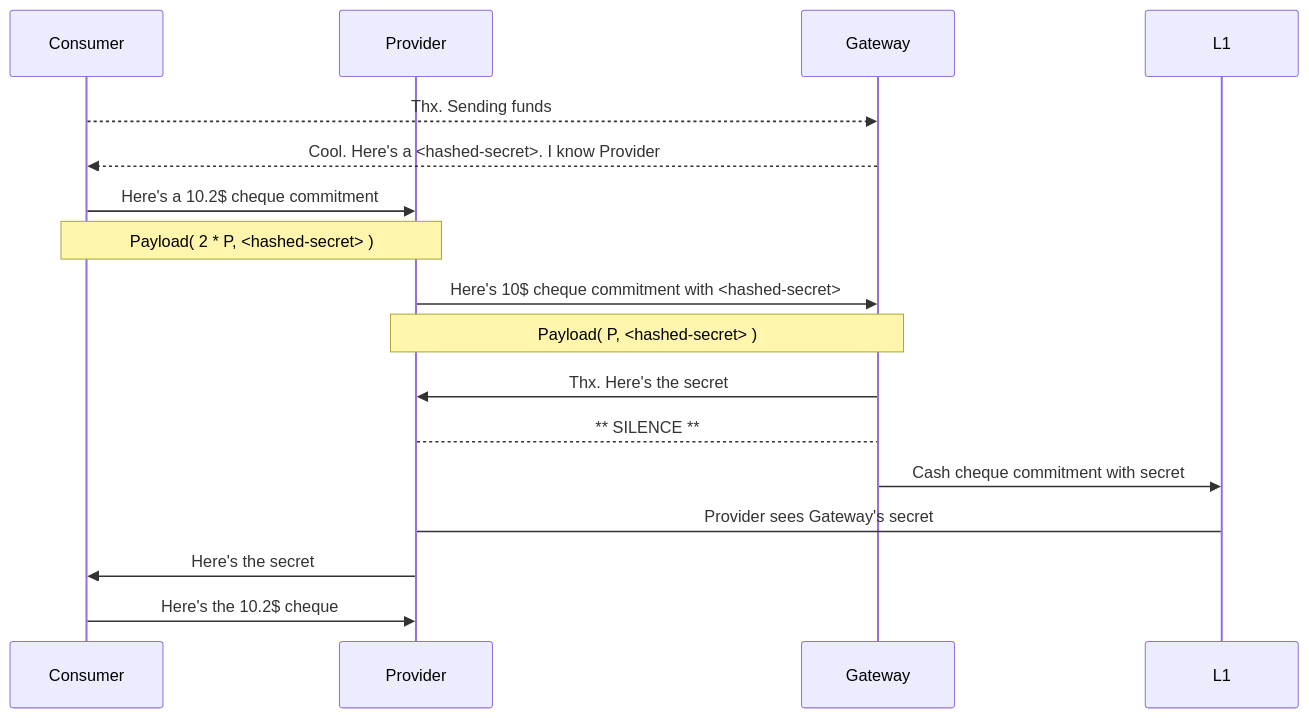
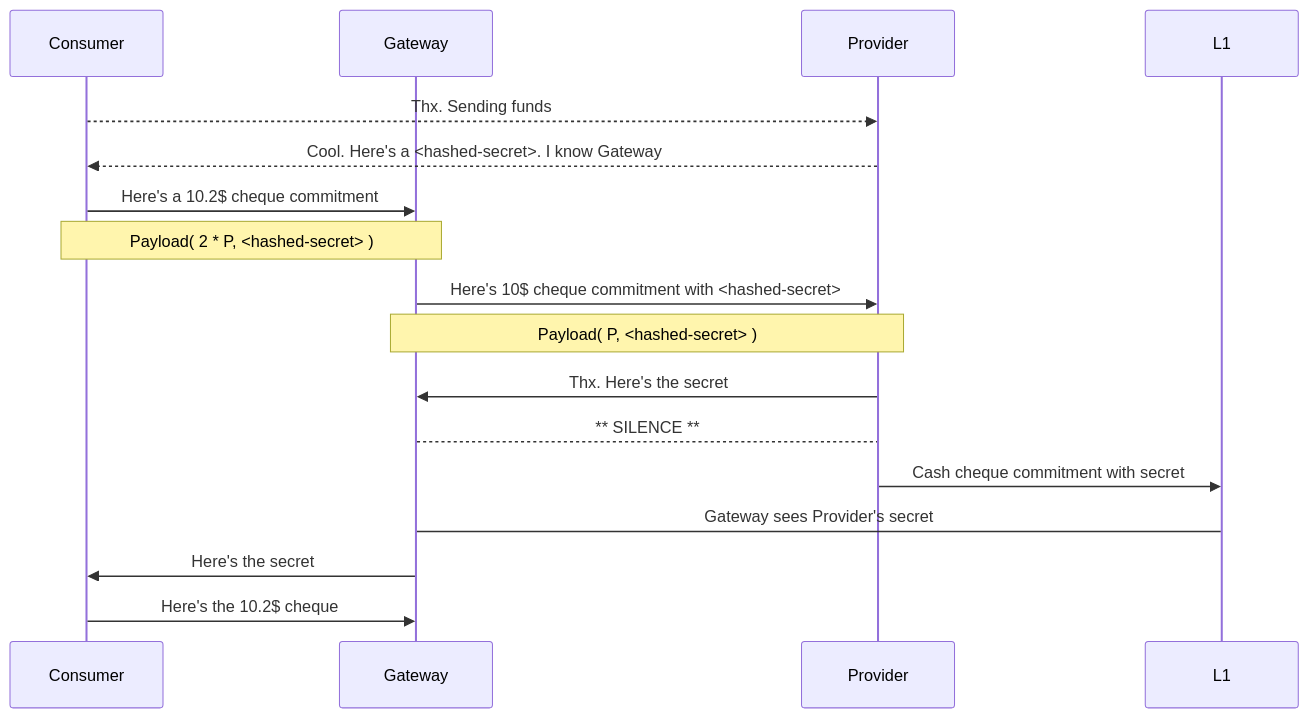
The fourth of 4 diagrams in docs/design-notes.md (colll78/cardano-lightning), drawn with Mermaid before and after one commit. The commit also changed other lines of this file, not shown here.

````diff
--- a/docs/design-notes.md
+++ b/docs/design-notes.md
@@ -140,19 +140,19 @@
 ```mermaid
  sequenceDiagram
   participant Consumer
+  participant Gateway
   participant Provider
-  participant Gateway
 
-  Consumer-->>Gateway: Thx. Sending funds
-  Gateway-->>Consumer: Cool. Here's a <hashed-secret>. I know Provider
-  Consumer->>Provider: Here's a 10.2$ cheque commitment
-  Note over Consumer,Provider: Payload( 2 * P, <hashed-secret> )
-  Provider->>Gateway: Here's 10$ cheque commitment with <hashed-secret>
-  Note over Provider,Gateway: Payload( P, <hashed-secret> )
-  Gateway->>Provider: Thx. Here's the secret
-  Provider-->Gateway: ** SILENCE **
-  Gateway->>L1: Cash cheque commitment with secret
-  Provider->L1: Provider sees Gateway's secret
-  Provider->>Consumer: Here's the secret
-  Consumer->>Provider: Here's the 10.2$ cheque
+  Consumer-->>Provider: Thx. Sending funds
+  Provider-->>Consumer: Cool. Here's a <hashed-secret>. I know Gateway
+  Consumer->>Gateway: Here's a 10.2$ cheque commitment
+  Note over Consumer,Gateway: Payload( 2 * P, <hashed-secret> )
+  Gateway->>Provider: Here's 10$ cheque commitment with <hashed-secret>
+  Note over Gateway,Provider: Payload( P, <hashed-secret> )
+  Provider->>Gateway: Thx. Here's the secret
+  Gateway-->Provider: ** SILENCE **
+  Provider->>L1: Cash cheque commitment with secret
+  Gateway->L1: Gateway sees Provider's secret
+  Gateway->>Consumer: Here's the secret
+  Consumer->>Gateway: Here's the 10.2$ cheque
 ```
````
